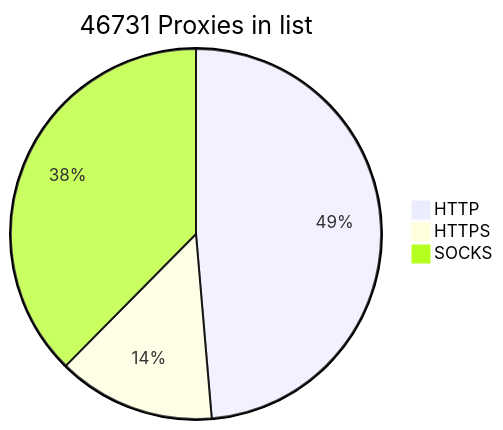
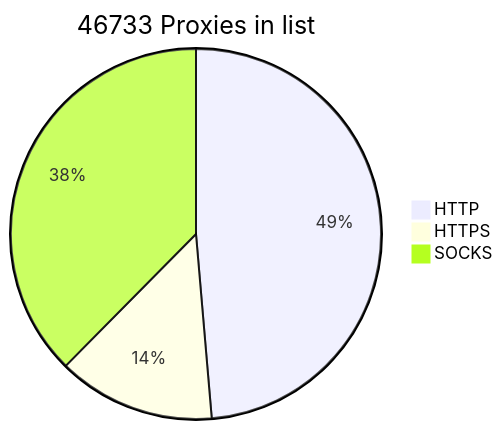
One commit to BlackSnowDot/proxylist-update-every-minute changed the diagram in README.md. Above: the diagram before and after it, drawn with Mermaid.

````diff
--- a/README.md
+++ b/README.md
@@ -2,6 +2,6 @@
 ```mermaid
-pie title 46731 Proxies in list
+pie title 46733 Proxies in list
     "HTTP" : 25366
     "HTTPS": 7177
-    "SOCKS" : 19604
+    "SOCKS" : 19606
 ```
````
